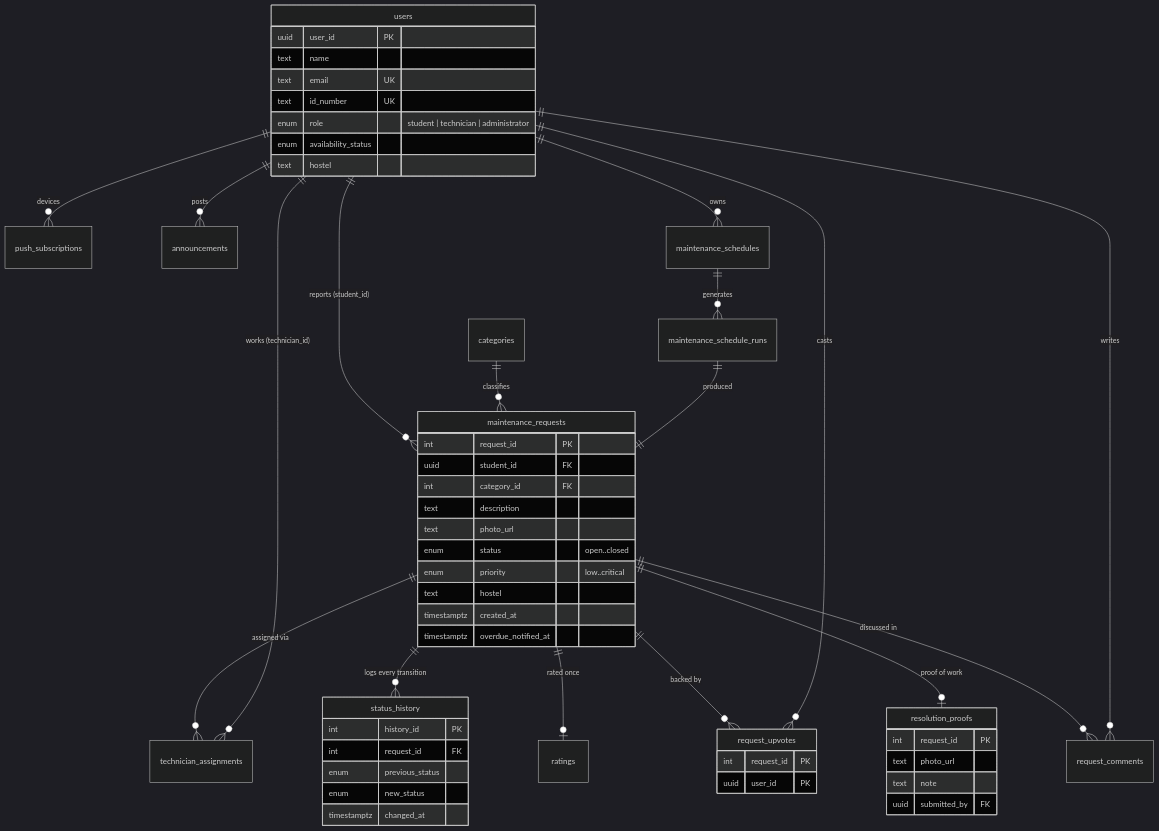
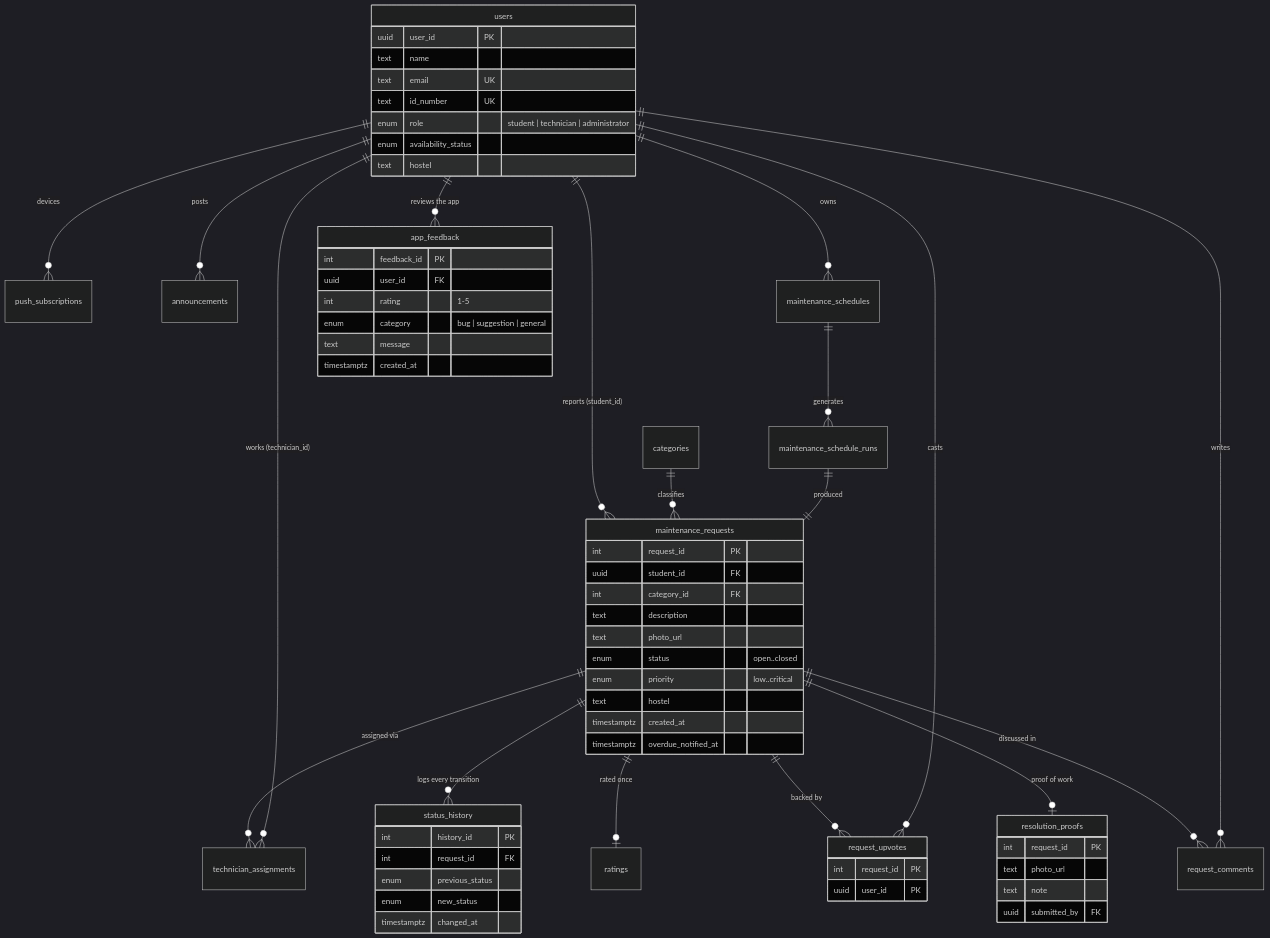
One commit to Check77tp/FINAL_YEAR_PROJECT_SAMSON changed the second of 4 diagrams in docs/ARCHITECTURE.md. Above: the diagram before and after it, drawn with Mermaid (dark theme). The commit also changed other lines of this file and 13 other files, not shown here.

````diff
--- a/docs/ARCHITECTURE.md
+++ b/docs/ARCHITECTURE.md
@@ -120,58 +120,67 @@
 ```mermaid
 erDiagram
   users ||--o{ maintenance_requests : "reports (student_id)"
   categories ||--o{ maintenance_requests : classifies
   maintenance_requests ||--o{ technician_assignments : "assigned via"
   users ||--o{ technician_assignments : "works (technician_id)"
   maintenance_requests ||--o{ status_history : "logs every transition"
   maintenance_requests ||--o| ratings : "rated once"
   maintenance_requests ||--o{ request_upvotes : "backed by"
   users ||--o{ request_upvotes : casts
   maintenance_requests ||--o| resolution_proofs : "proof of work"
   users ||--o{ push_subscriptions : "devices"
   maintenance_requests ||--o{ request_comments : "discussed in"
   users ||--o{ request_comments : writes
   users ||--o{ announcements : posts
   users ||--o{ maintenance_schedules : owns
   maintenance_schedules ||--o{ maintenance_schedule_runs : generates
   maintenance_schedule_runs ||--|| maintenance_requests : "produced"
+  users ||--o{ app_feedback : "reviews the app"
 
   users {
     uuid user_id PK
     text name
     text email UK
     text id_number UK
     enum role "student | technician | administrator"
     enum availability_status
     text hostel
   }
   maintenance_requests {
     int request_id PK
     uuid student_id FK
     int category_id FK
     text description
     text photo_url
     enum status "open..closed"
     enum priority "low..critical"
     text hostel
     timestamptz created_at
     timestamptz overdue_notified_at
   }
   status_history {
     int history_id PK
     int request_id FK
     enum previous_status
     enum new_status
     timestamptz changed_at
   }
   request_upvotes {
     int request_id PK
     uuid user_id PK
   }
   resolution_proofs {
     int request_id PK
     text photo_url
     text note
     uuid submitted_by FK
   }
+  app_feedback {
+    int feedback_id PK
+    uuid user_id FK
+    int rating "1-5"
+    enum category "bug | suggestion | general"
+    text message
+    timestamptz created_at
+  }
 ```
````
